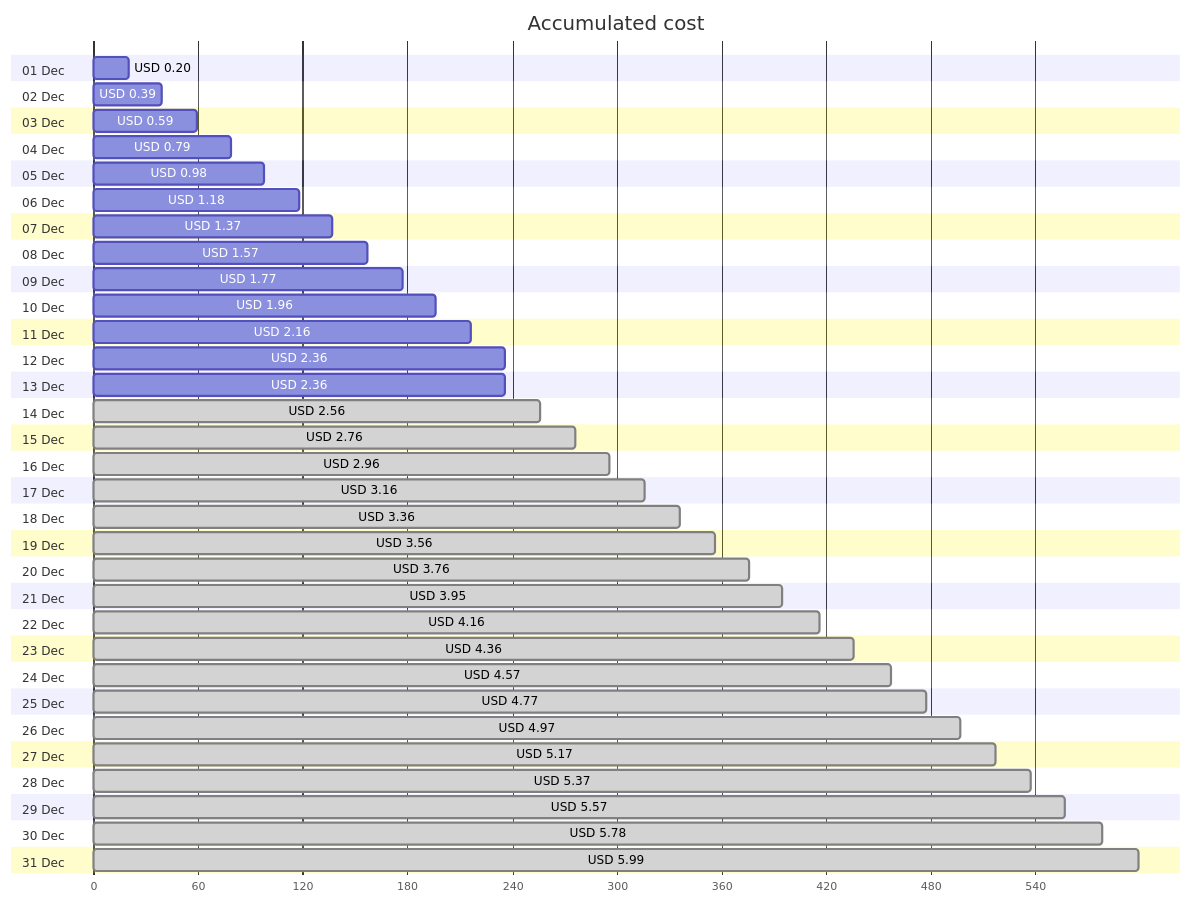
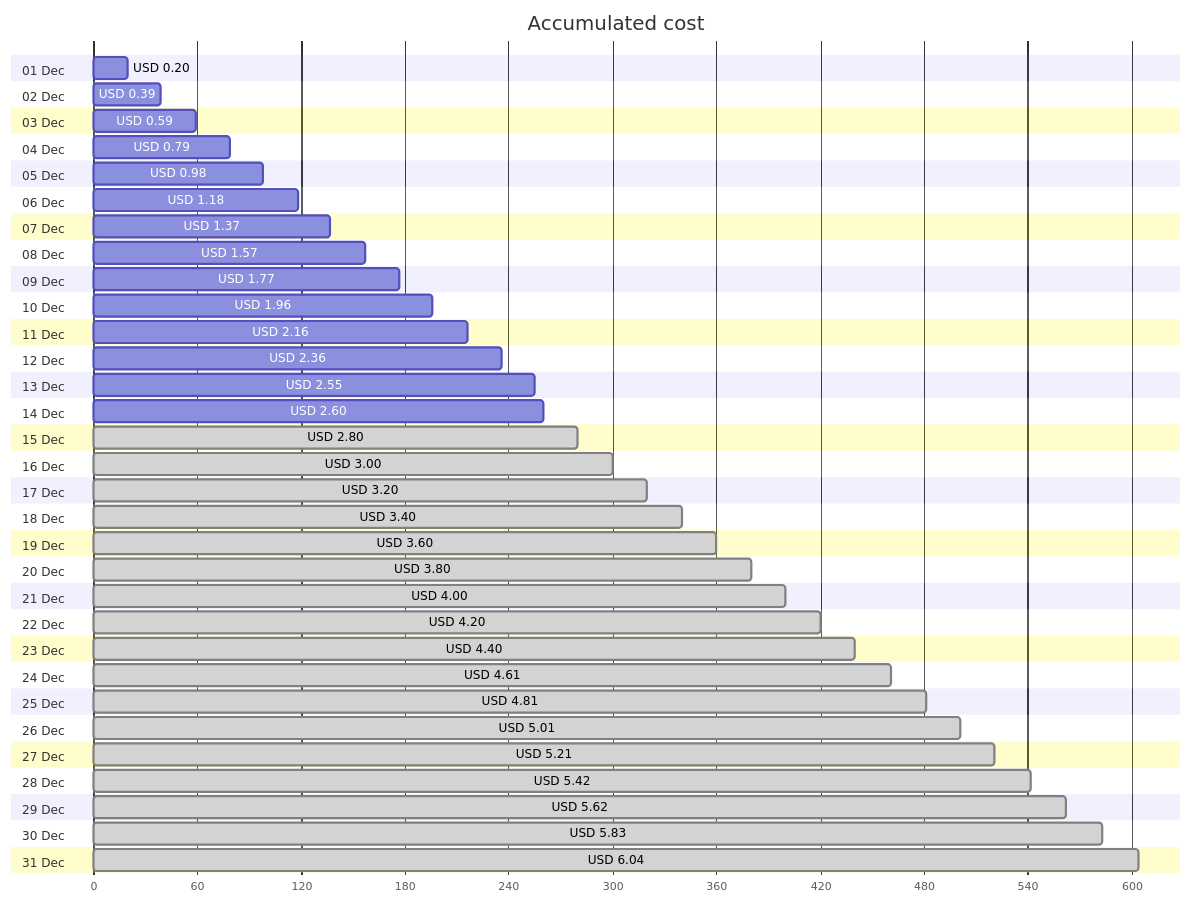
One commit to jpfulton/azure-personal-reports changed the first of 4 diagrams in cost-reports/personal-network/backup-server.md. Above: the diagram before and after it, drawn with Mermaid. The commit also changed other lines of this file and 8 other files, not shown here.

````diff
--- a/cost-reports/personal-network/backup-server.md
+++ b/cost-reports/personal-network/backup-server.md
@@ -20,68 +20,68 @@
 ```mermaid
 gantt
    title Accumulated cost
    dateFormat  X
    axisFormat %s
    section 01 Dec
    USD 0.20 :0, 20
    section 02 Dec
    USD 0.39 :0, 39
    section 03 Dec
    USD 0.59 :0, 59
    section 04 Dec
    USD 0.79 :0, 79
    section 05 Dec
    USD 0.98 :0, 98
    section 06 Dec
    USD 1.18 :0, 118
    section 07 Dec
    USD 1.37 :0, 137
    section 08 Dec
    USD 1.57 :0, 157
    section 09 Dec
    USD 1.77 :0, 177
    section 10 Dec
    USD 1.96 :0, 196
    section 11 Dec
    USD 2.16 :0, 216
    section 12 Dec
    USD 2.36 :0, 236
    section 13 Dec
-   USD 2.36 :0, 236
+   USD 2.55 :0, 255
    section 14 Dec
-   USD 2.56 : done, 0, 256
+   USD 2.60 :0, 260
    section 15 Dec
-   USD 2.76 : done, 0, 276
+   USD 2.80 : done, 0, 280
    section 16 Dec
-   USD 2.96 : done, 0, 296
+   USD 3.00 : done, 0, 300
    section 17 Dec
-   USD 3.16 : done, 0, 316
+   USD 3.20 : done, 0, 320
    section 18 Dec
-   USD 3.36 : done, 0, 336
+   USD 3.40 : done, 0, 340
    section 19 Dec
-   USD 3.56 : done, 0, 356
+   USD 3.60 : done, 0, 360
    section 20 Dec
-   USD 3.76 : done, 0, 376
+   USD 3.80 : done, 0, 380
    section 21 Dec
-   USD 3.95 : done, 0, 395
+   USD 4.00 : done, 0, 400
    section 22 Dec
-   USD 4.16 : done, 0, 416
+   USD 4.20 : done, 0, 420
    section 23 Dec
-   USD 4.36 : done, 0, 436
+   USD 4.40 : done, 0, 440
    section 24 Dec
-   USD 4.57 : done, 0, 457
+   USD 4.61 : done, 0, 461
    section 25 Dec
-   USD 4.77 : done, 0, 477
+   USD 4.81 : done, 0, 481
    section 26 Dec
-   USD 4.97 : done, 0, 497
+   USD 5.01 : done, 0, 501
    section 27 Dec
-   USD 5.17 : done, 0, 517
+   USD 5.21 : done, 0, 521
    section 28 Dec
-   USD 5.37 : done, 0, 537
+   USD 5.42 : done, 0, 542
    section 29 Dec
-   USD 5.57 : done, 0, 557
+   USD 5.62 : done, 0, 562
    section 30 Dec
-   USD 5.78 : done, 0, 578
+   USD 5.83 : done, 0, 583
    section 31 Dec
-   USD 5.99 : done, 0, 599
+   USD 6.04 : done, 0, 604
 ```
````
